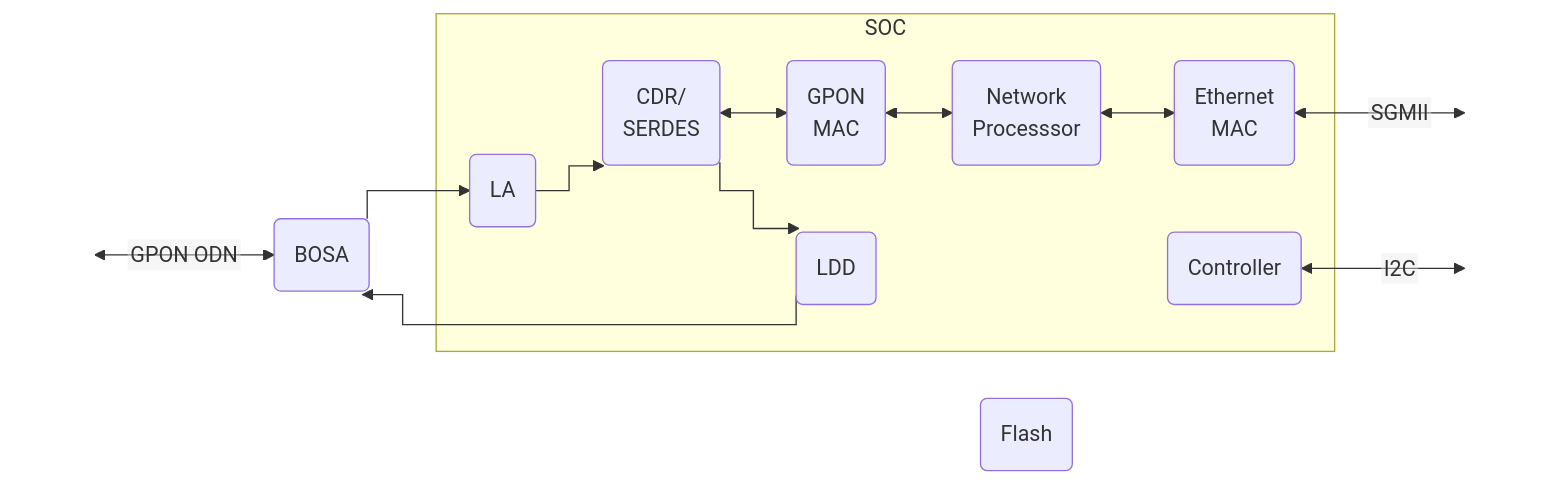
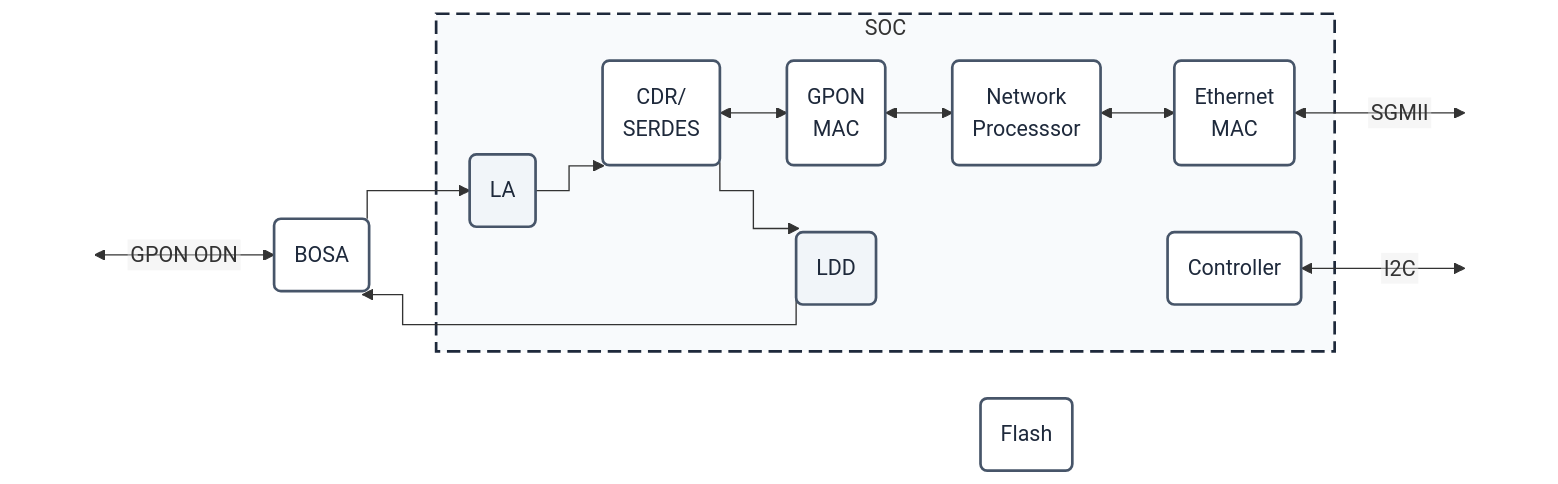
Before and after one commit to up-n-atom/8311: the diagram in docs/gpon/ont/source-photonics/sps-34-24t-hp-tdfo.md, drawn with Mermaid.

Commit message:
apply slate to forgotten digaram

````diff
--- a/docs/gpon/ont/source-photonics/sps-34-24t-hp-tdfo.md
+++ b/docs/gpon/ont/source-photonics/sps-34-24t-hp-tdfo.md
@@ -34,29 +34,37 @@
 ``` mermaid
 %%{ init: { 'flowchart': { 'htmlLabels': false, 'curve': 'stepBefore' } } }%%
 flowchart LR
-    Z[" "] <-- GPON ODN -->
-    A(BOSA)
-    subgraph SOC
-        B("LDD") ~~~
-        C("LA") ~~~
-        D("CDR/
-        SERDES") <-->
-        E("GPON
-        MAC") <-->
-        F("Network
-        Processsor") <-->
-        G("Ethernet
-        MAC")
-        H("Controller")
-        D --> B
-        C --> D
-    end
-    B --> A
-    A --> C
-    G <-- SGMII --> X[" "]
-    H <-- I2C --> Y[" "]
-    SOC ~~~
-    I("Flash")
-    classDef CLEAR fill:transparent,stroke:transparent,color:transparent
-    class Z,Y,X CLEAR
+  Z[" "] <-- GPON ODN --> A(BOSA)
+
+  subgraph SOC
+    B("LDD") ~~~
+    C("LA") ~~~
+    D("CDR/<br/>SERDES") <-->
+    E("GPON<br/>MAC") <-->
+    F("Network<br/>Processsor") <-->
+    G("Ethernet<br/>MAC")
+    H("Controller")
+
+    %% Internal Logic Flow
+    D --> B
+    C --> D
+  end
+
+  B --> A
+  A --> C
+
+  G <-- SGMII --> X[" "]
+  H <-- I2C --> Y[" "]
+
+  SOC ~~~ I("Flash")
+
+  classDef slateNode fill:#ffffff,stroke:#475569,stroke-width:2px,color:#1e293b
+  classDef slateHighlight fill:#f1f5f9,stroke:#475569,stroke-width:2px,color:#1e293b
+  classDef ghost fill:transparent,stroke:transparent,color:transparent
+
+  style SOC fill:#f8fafc,stroke:#1e293b,stroke-width:2px,stroke-dasharray: 10 5
+
+  class A,D,E,F,G,H,I slateNode
+  class B,C slateHighlight
+  class Z,X,Y ghost
 ```
````
